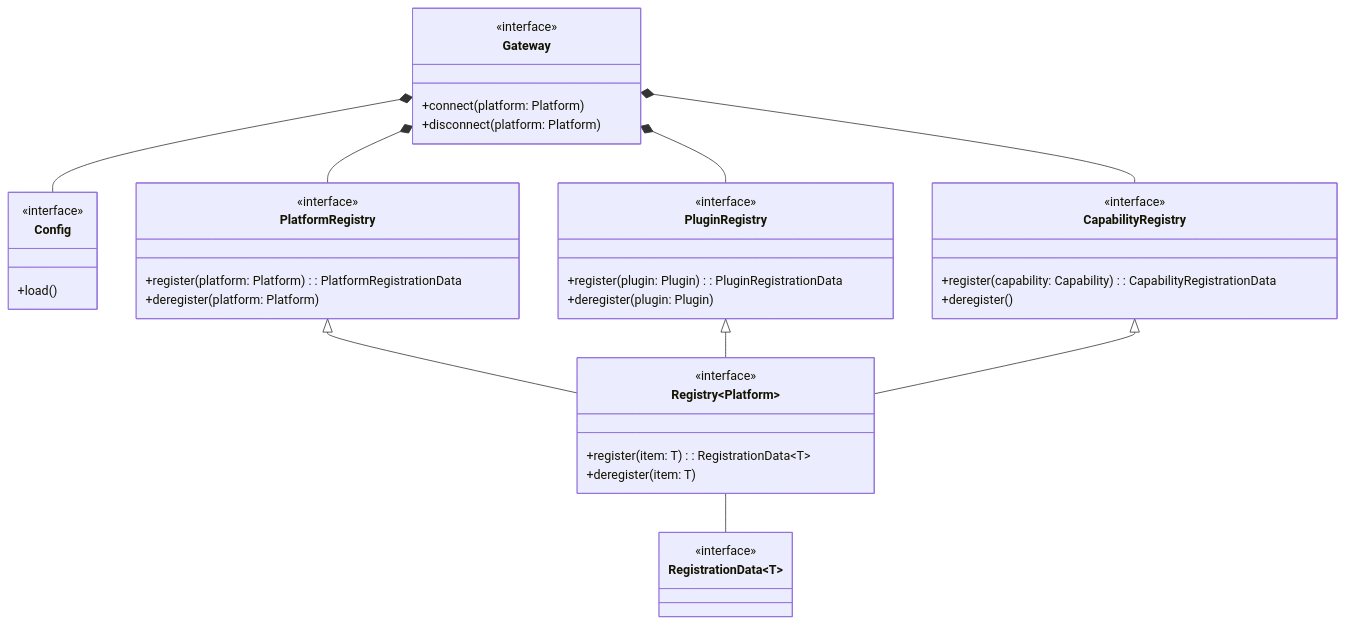
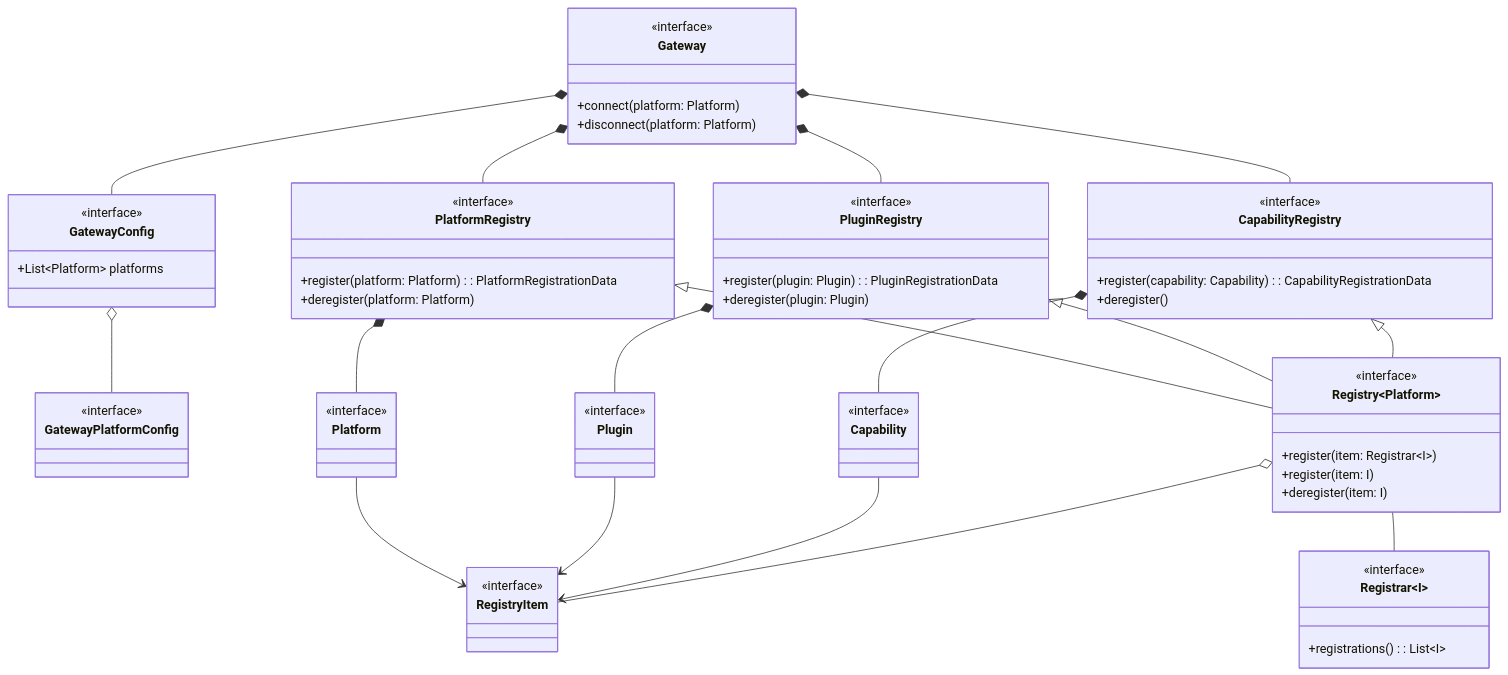
Before and after one commit to nicholasgrose/Gateway: the third of 10 diagrams in Writerside/topics/Overview.md, drawn with Mermaid. The commit also changed other lines of this file and 17 other files, not shown here.

Commit message:
Drafting design for new architecture v2

````diff
--- a/Writerside/topics/Overview.md
+++ b/Writerside/topics/Overview.md
@@ -115,16 +123,28 @@
         +disconnect(platform: Platform)
     }
 
-    Gateway *--Config
-
-    class Config {
-        <<interface>>
-        +load()
-    }
-
+    Gateway *-- GatewayConfig
     Gateway *-- PlatformRegistry
     Gateway *-- PluginRegistry
     Gateway *-- CapabilityRegistry
+
+    class GatewayConfig {
+        <<interface>>
+        +List~Platform~ platforms
+    }
+
+    GatewayConfig o-- GatewayPlatformConfig
+
+    class GatewayPlatformConfig {
+        <<interface>>
+    }
+
+    class Platform {
+        <<interface>>
+    }
+
+    Platform --> RegistryItem
+    PlatformRegistry *-- Platform
 
     class PlatformRegistry {
         <<interface>>
@@ -132,11 +152,25 @@
         +deregister(platform: Platform)
     }
 
+    class Plugin {
+        <<interface>>
+    }
+
+    Plugin --> RegistryItem
+    PluginRegistry *-- Plugin
+
     class PluginRegistry {
         <<interface>>
         +register(plugin: Plugin): PluginRegistrationData
         +deregister(plugin: Plugin)
     }
+
+    class Capability {
+        <<interface>>
+    }
+
+    Capability --> RegistryItem
+    CapabilityRegistry *-- Capability
 
     class CapabilityRegistry {
         <<interface>>
@@ -148,15 +182,22 @@
     PluginRegistry <|-- Registry~Plugin~
     CapabilityRegistry <|-- Registry~Capability~
 
-    class Registry~T~ {
+    class Registry~I~ {
         <<interface>>
-        +register(item: T): RegistrationData~T~
-        +deregister(item: T)
+        +register(item: Registrar~I~)
+        +register(item: I)
+        +deregister(item: I)
     }
 
-    Registry~T~ -- RegistrationData~T~
+    Registry~I~ o-- RegistryItem
+    Registry~I~ -- Registrar~I~
 
-    class RegistrationData~T~ {
+    class RegistryItem {
         <<interface>>
     }
+
+    class Registrar~I~ {
+        <<interface>>
+        +registrations(): List~I~
+    }
 ```
````
